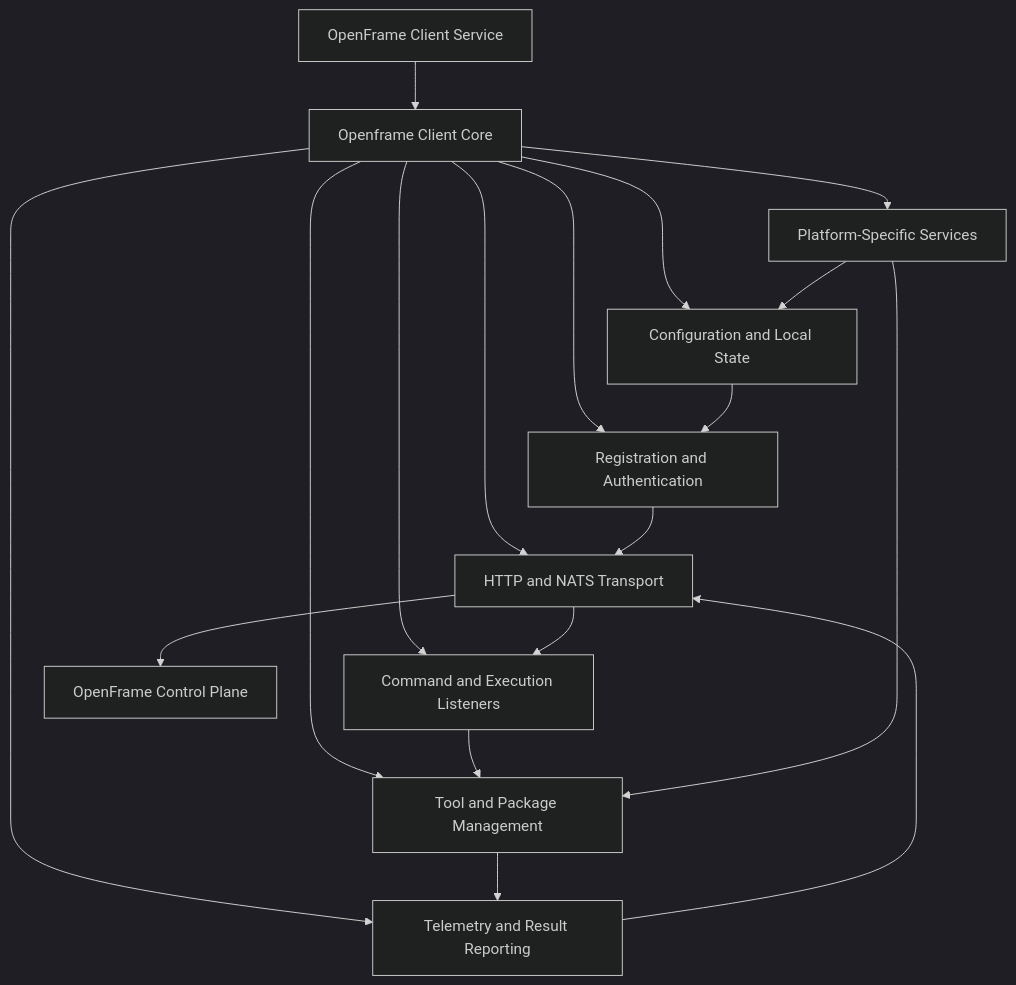
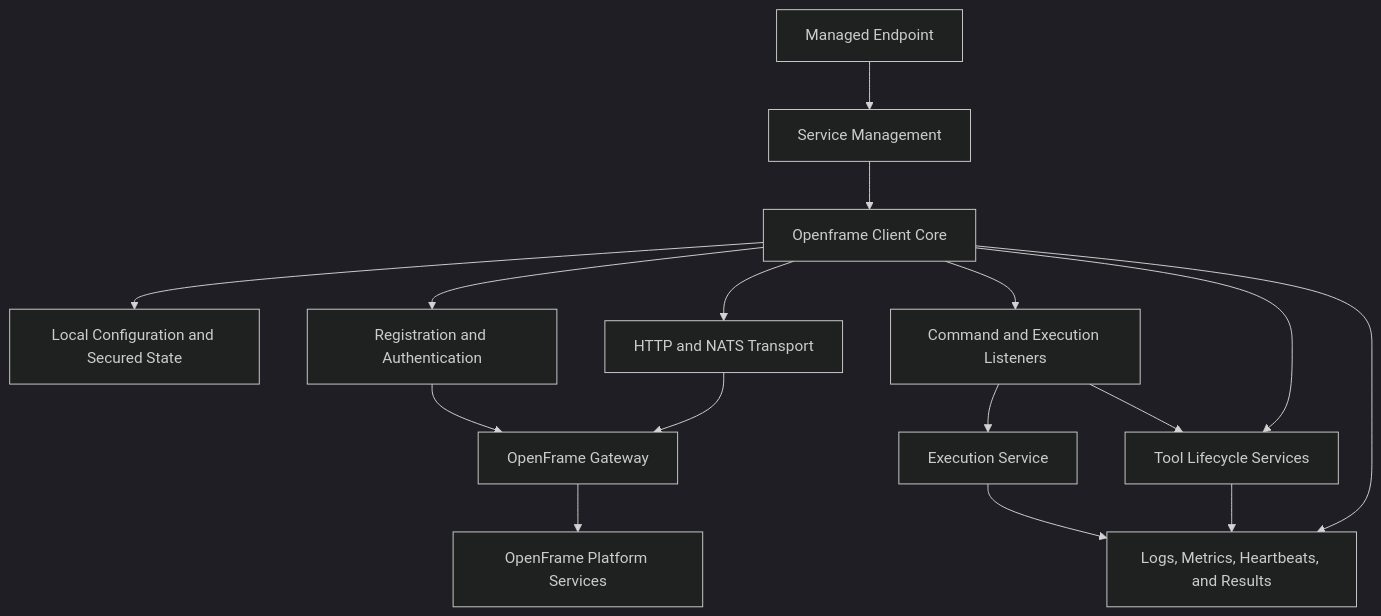
Before and after one commit to flamingo-stack/openframe-oss-tenant: the first of 3 diagrams in docs/reference/architecture/openframe-client-core/openframe-client-core.md, drawn with Mermaid (dark theme). The commit also changed other lines of this file and 2377 other files, not shown here.

````diff
--- a/docs/reference/architecture/openframe-client-core/openframe-client-core.md
+++ b/docs/reference/architecture/openframe-client-core/openframe-client-core.md
@@ -24,22 +22,21 @@
 ```mermaid
 flowchart TD
-    Service["OpenFrame Client Service"] --> Runtime["Openframe Client Core"]
-    Runtime --> Configuration["Configuration and Local State"]
-    Runtime --> Authentication["Registration and Authentication"]
-    Runtime --> Transport["HTTP and NATS Transport"]
-    Runtime --> Listeners["Command and Execution Listeners"]
-    Runtime --> Tooling["Tool and Package Management"]
-    Runtime --> Reporting["Telemetry and Result Reporting"]
-    Runtime --> Platform["Platform-Specific Services"]
+    Endpoint["Managed Endpoint"] --> Service["Service Management"]
+    Service --> Client["Openframe Client Core"]
 
-    Configuration --> Authentication
-    Authentication --> Transport
-    Transport --> Listeners
-    Listeners --> Tooling
-    Tooling --> Reporting
-    Platform --> Tooling
-    Platform --> Configuration
-    Reporting --> Transport
+    Client --> LocalState["Local Configuration and Secured State"]
+    Client --> Registration["Registration and Authentication"]
+    Client --> Transport["HTTP and NATS Transport"]
+    Client --> Listeners["Command and Execution Listeners"]
+    Client --> Tools["Tool Lifecycle Services"]
+    Client --> Reporting["Logs, Metrics, Heartbeats, and Results"]
 
-    Transport --> ControlPlane["OpenFrame Control Plane"]
+    Registration --> Gateway["OpenFrame Gateway"]
+    Transport --> Gateway
+    Gateway --> Platform["OpenFrame Platform Services"]
+
+    Listeners --> Execution["Execution Service"]
+    Listeners --> Tools
+    Execution --> Reporting
+    Tools --> Reporting
 ```
````
